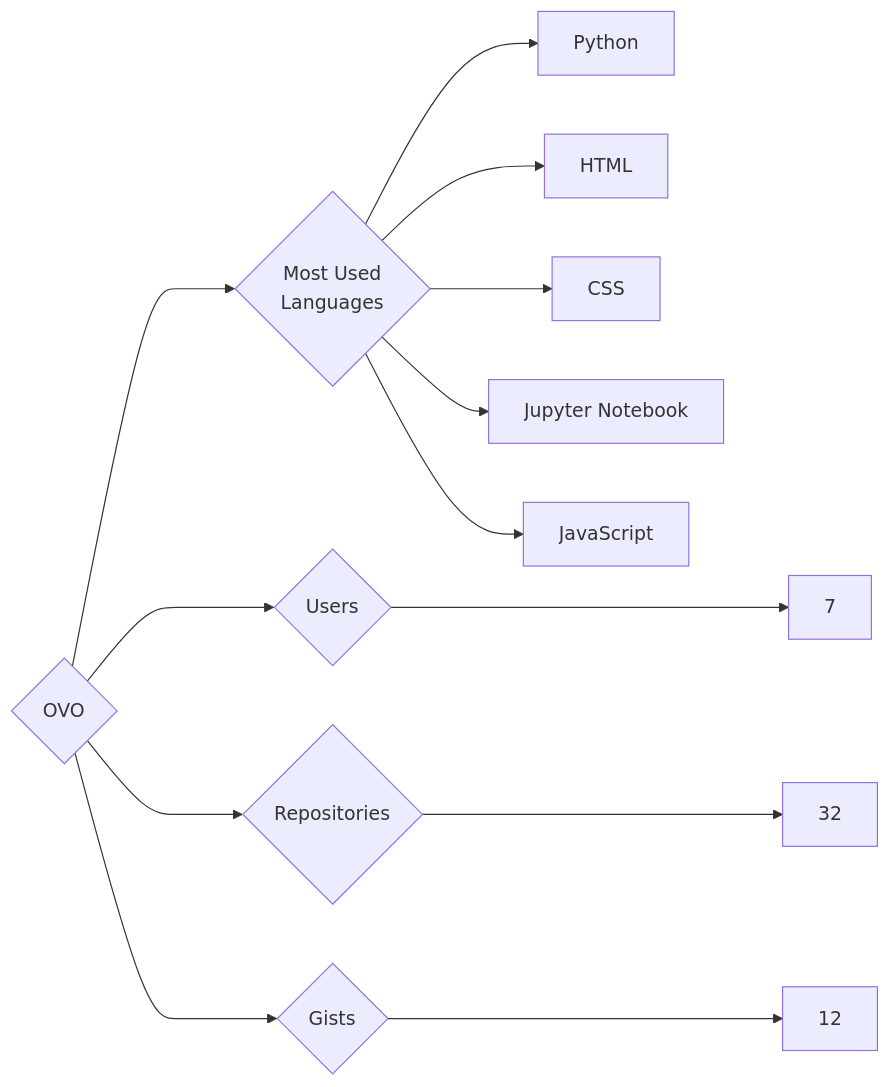
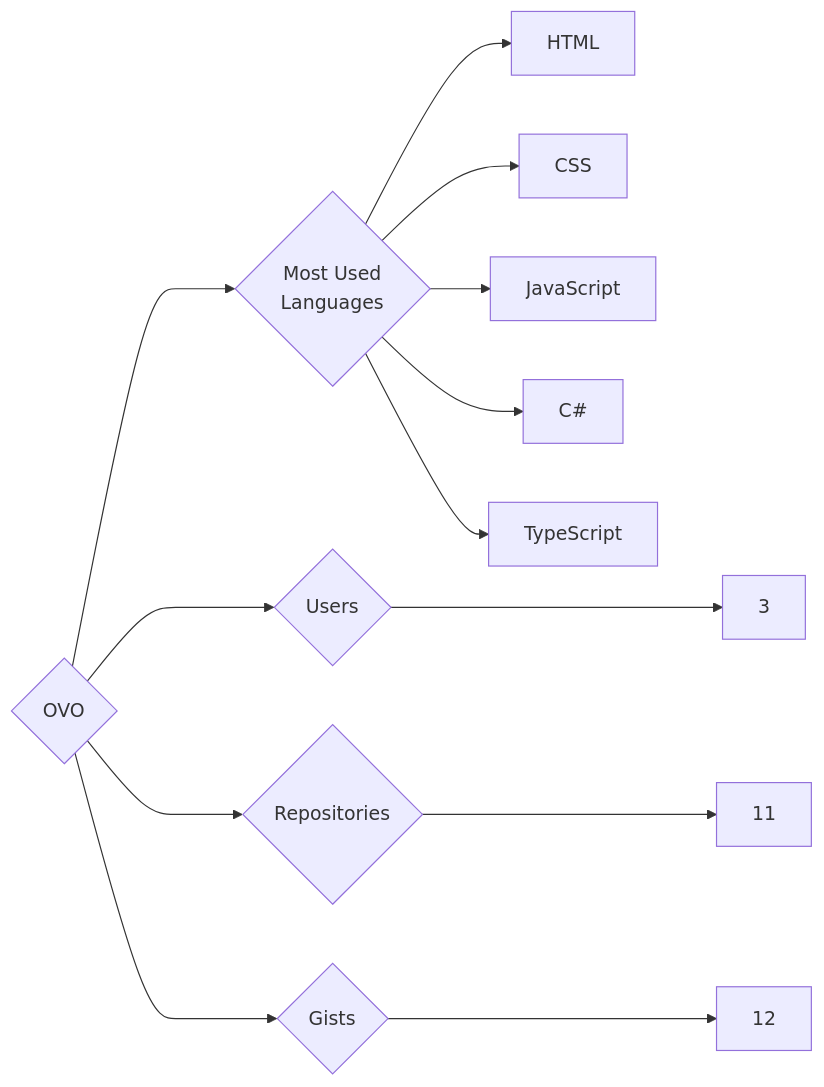
Before and after one commit to trickest/insiders: the diagram in targets/OVO/README.md, drawn with Mermaid. The commit also changed 776 other files, not shown here.

````diff
--- a/targets/OVO/README.md
+++ b/targets/OVO/README.md
@@ -3,13 +3,13 @@
 ```mermaid
 graph LR
 COMPANY_NAME{OVO}
-COMPANY_NAME ---> U{Users} ---> UN[7]
-COMPANY_NAME ---> R{Repositories} ---> RN[32]
+COMPANY_NAME ---> U{Users} ---> UN[3]
+COMPANY_NAME ---> R{Repositories} ---> RN[11]
 COMPANY_NAME ---> G{Gists} ---> GN[12]
 COMPANY_NAME ---> ML{Most Used<br>Languages}
-ML --> Python[Python]
 ML --> HTML[HTML]
 ML --> CSS[CSS]
-ML --> Jupyter_Notebook[Jupyter Notebook]
 ML --> JavaScript[JavaScript]
+ML --> C#[C#]
+ML --> TypeScript[TypeScript]
 ```
````
